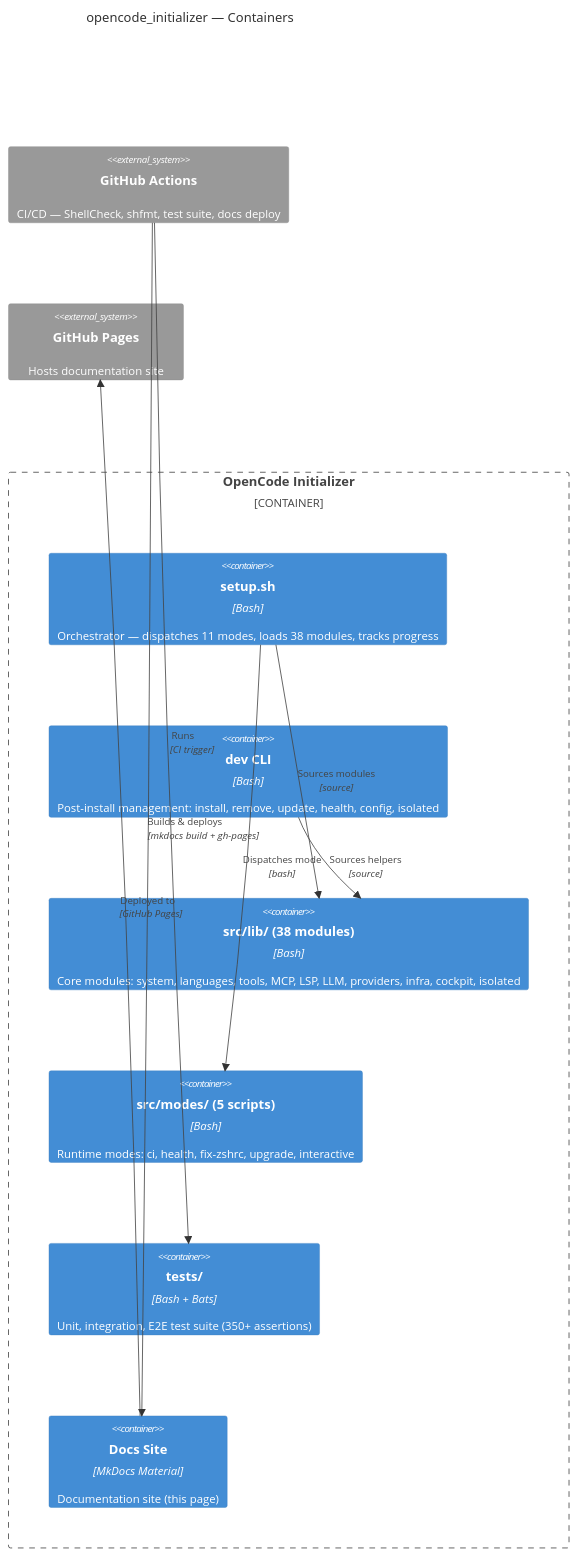
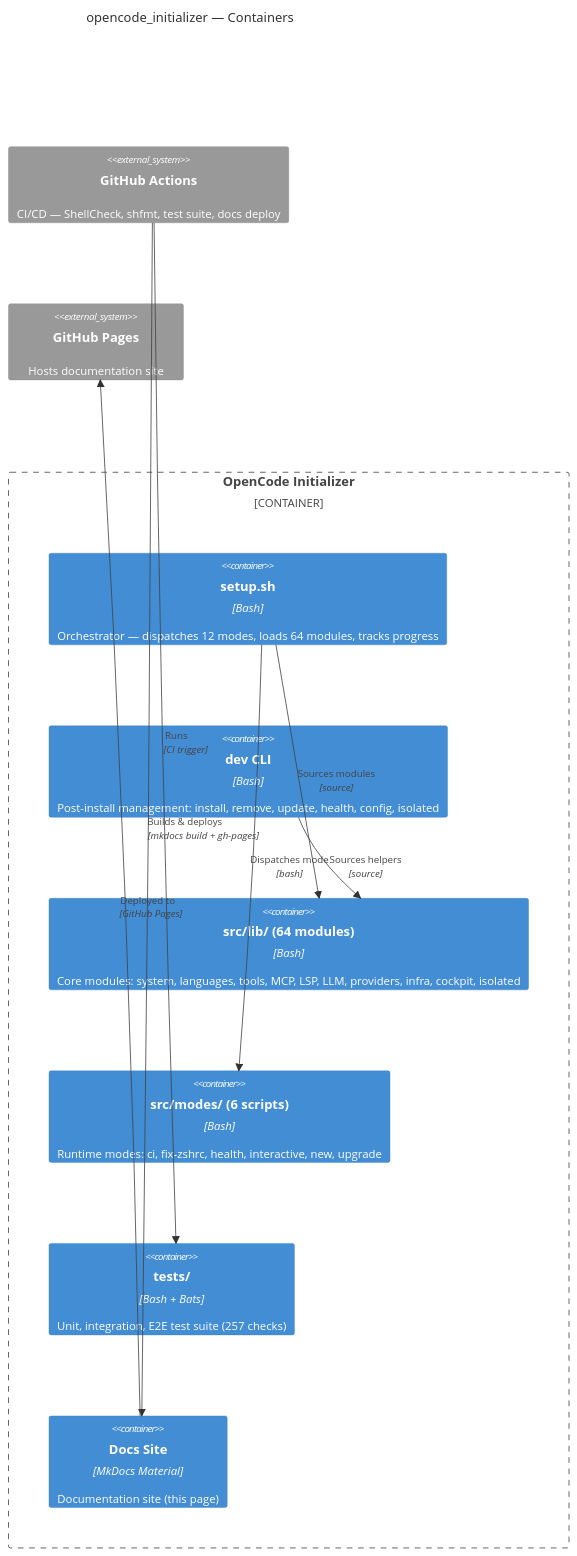
Before and after one commit to AlexanderNarbaev/opencode_initializer: the second of 5 diagrams in docs/architecture/index.en.md, drawn with Mermaid. The commit also changed other lines of this file and 33 other files, not shown here.

````diff
--- a/docs/architecture/index.en.md
+++ b/docs/architecture/index.en.md
@@ -32,23 +32,23 @@
 ```mermaid
 C4Container
     title opencode_initializer — Containers
 
     Container_Boundary(oci, "OpenCode Initializer") {
-        Container(setup, "setup.sh", "Bash", "Orchestrator — dispatches 11 modes, loads 38 modules, tracks progress")
+        Container(setup, "setup.sh", "Bash", "Orchestrator — dispatches 12 modes, loads 64 modules, tracks progress")
         Container(dev_cli, "dev CLI", "Bash", "Post-install management: install, remove, update, health, config, isolated")
-        Container(lib, "src/lib/ (38 modules)", "Bash", "Core modules: system, languages, tools, MCP, LSP, LLM, providers, infra, cockpit, isolated")
-        Container(modes, "src/modes/ (5 scripts)", "Bash", "Runtime modes: ci, health, fix-zshrc, upgrade, interactive")
-        Container(tests, "tests/", "Bash + Bats", "Unit, integration, E2E test suite (350+ assertions)")
+        Container(lib, "src/lib/ (64 modules)", "Bash", "Core modules: system, languages, tools, MCP, LSP, LLM, providers, infra, cockpit, isolated")
+        Container(modes, "src/modes/ (6 scripts)", "Bash", "Runtime modes: ci, fix-zshrc, health, interactive, new, upgrade")
+        Container(tests, "tests/", "Bash + Bats", "Unit, integration, E2E test suite (257 checks)")
         Container(docs_site, "Docs Site", "MkDocs Material", "Documentation site (this page)")
     }
 
     System_Ext(gh_actions, "GitHub Actions", "CI/CD — ShellCheck, shfmt, test suite, docs deploy")
     System_Ext(github_pages, "GitHub Pages", "Hosts documentation site")
 
     Rel(setup, lib, "Sources modules", "source")
     Rel(setup, modes, "Dispatches mode", "bash")
     Rel(dev_cli, lib, "Sources helpers", "source")
     Rel(gh_actions, tests, "Runs", "CI trigger")
     Rel(gh_actions, docs_site, "Builds & deploys", "mkdocs build + gh-pages")
     Rel(docs_site, github_pages, "Deployed to", "GitHub Pages")
 ```
````
